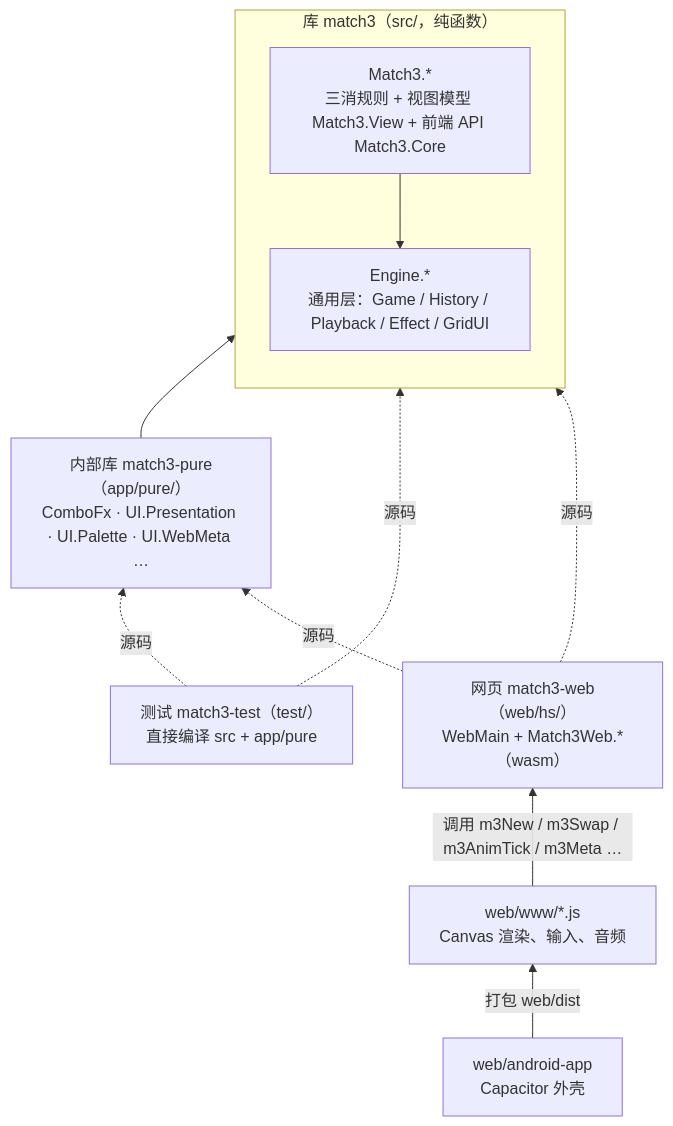
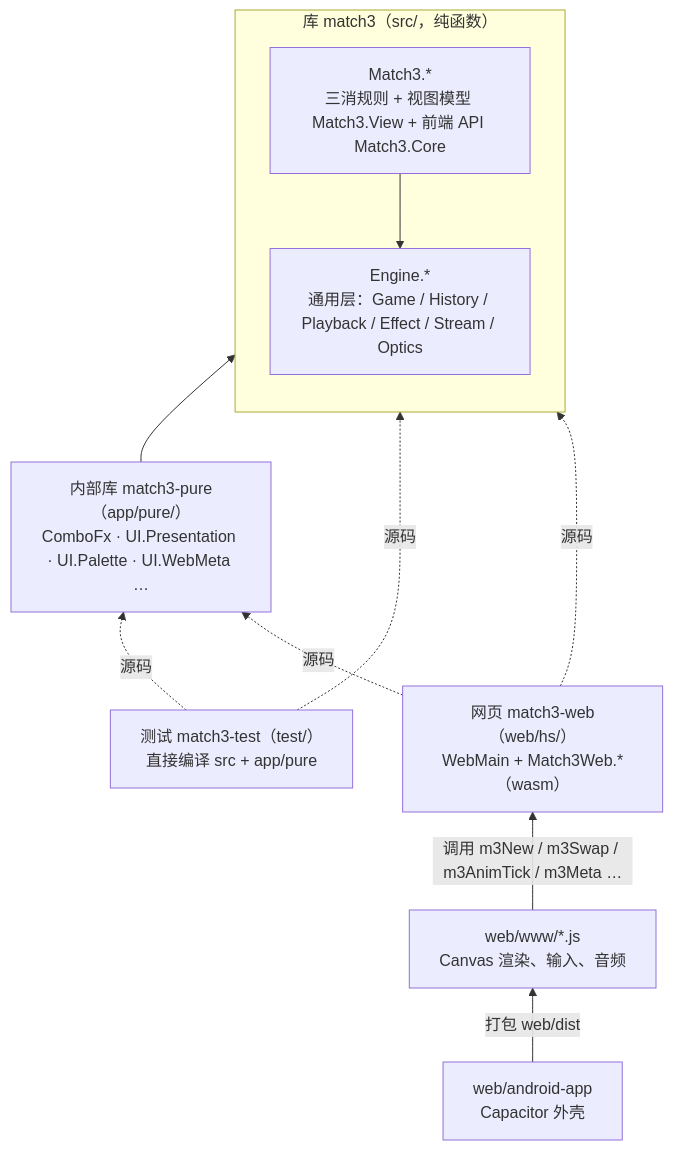
One commit to exsabersac/match3 changed the first of 2 diagrams in docs/guide/01-总览与阅读路线.md. Above: the diagram before and after it, drawn with Mermaid. The commit also changed other lines of this file and 16 other files, not shown here.

````diff
--- a/docs/guide/01-总览与阅读路线.md
+++ b/docs/guide/01-总览与阅读路线.md
@@ -57,21 +57,21 @@
 ```mermaid
 flowchart BT
   subgraph core["库 match3（src/，纯函数）"]
-    Engine["Engine.*<br/>通用层：Game / History / Playback / Effect / GridUI"]
+    Engine["Engine.*<br/>通用层：Game / History / Playback / Effect / Stream / Optics"]
     M3["Match3.*<br/>三消规则 + 视图模型 Match3.View + 前端 API Match3.Core"]
     M3 --> Engine
   end
   Pure["内部库 match3-pure（app/pure/）<br/>ComboFx · UI.Presentation · UI.Palette · UI.WebMeta …"]
   Test["测试 match3-test（test/）<br/>直接编译 src + app/pure"]
   Web["网页 match3-web（web/hs/）<br/>WebMain + Match3Web.*（wasm）"]
   JS["web/www/*.js<br/>Canvas 渲染、输入、音频"]
   APK["web/android-app<br/>Capacitor 外壳"]
 
   Pure --> core
   Test -. 源码 .-> core
   Test -. 源码 .-> Pure
   Web -. 源码 .-> core
   Web -. 源码 .-> Pure
   JS -->|"调用 m3New / m3Swap / m3AnimTick / m3Meta …"| Web
   APK -->|打包 web/dist| JS
 ```
````
